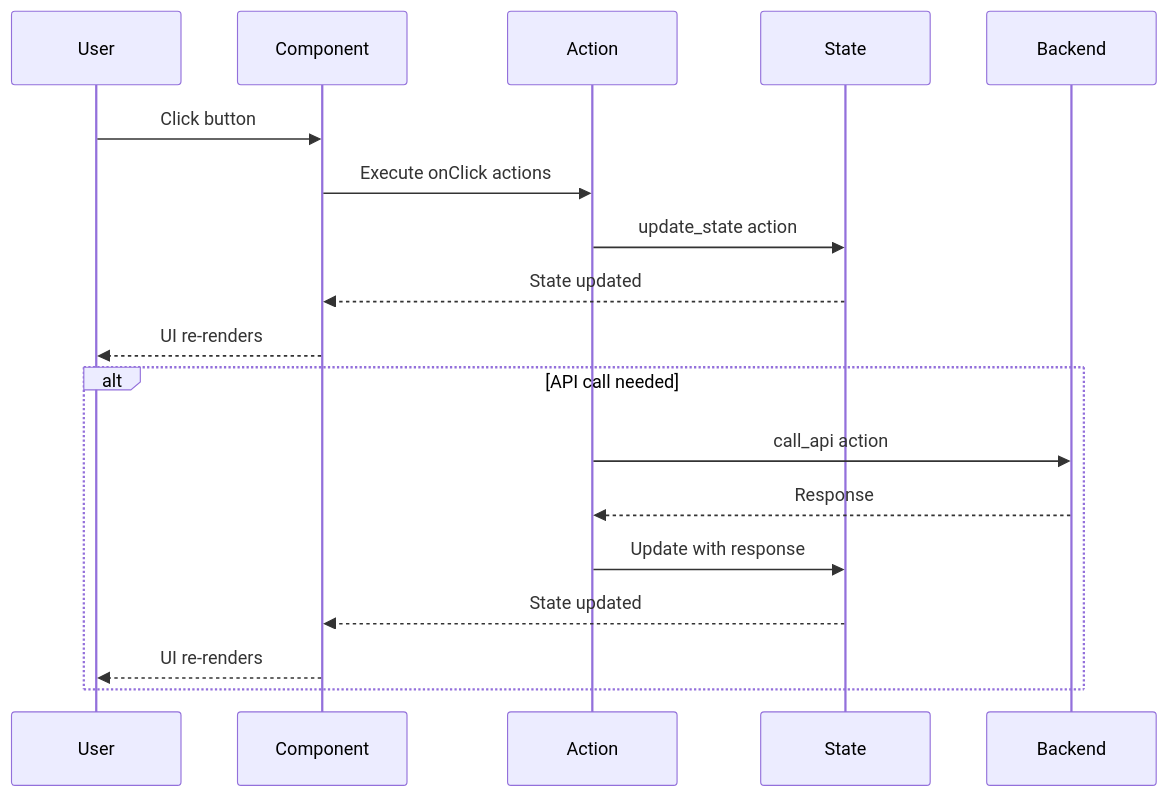
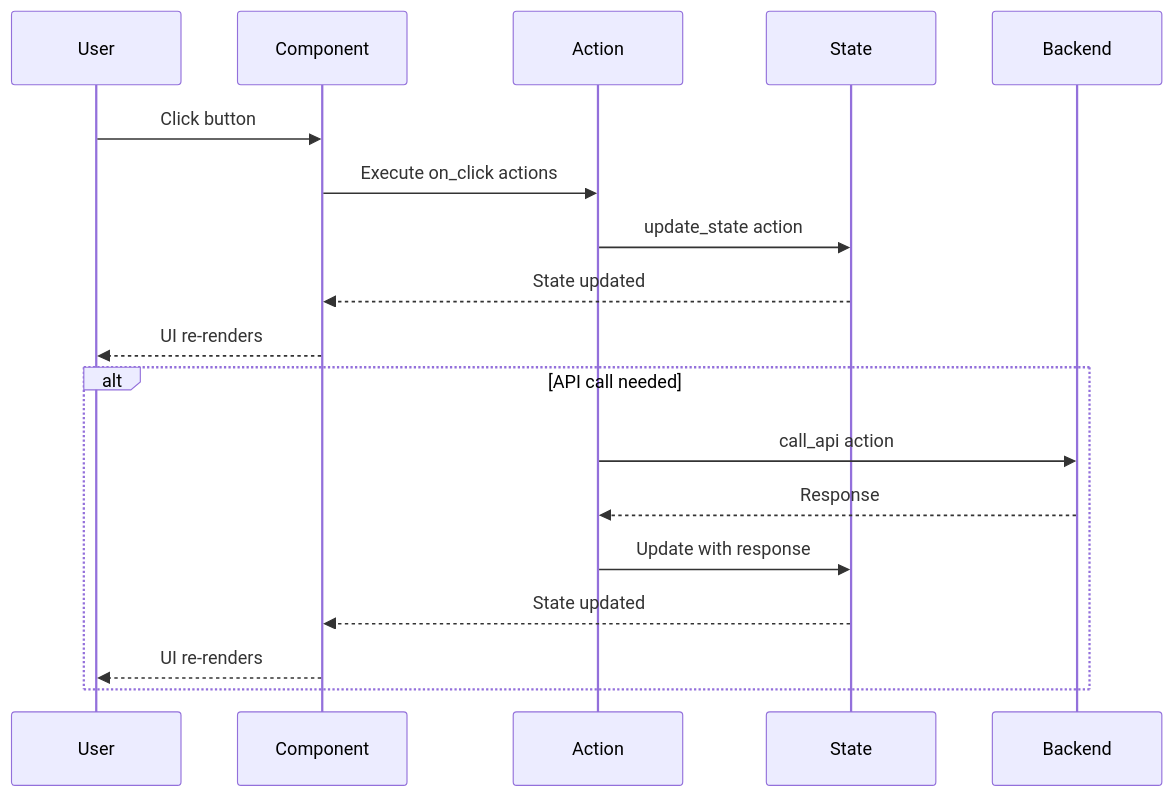
Before and after one commit to cyberpath-HQ/orbis: the fifth of 6 diagrams in docs/src/docs/core-concepts/architecture.mdx, drawn with Mermaid. The commit also changed 34 other files, not shown here.

````diff
--- a/docs/src/docs/core-concepts/architecture.mdx
+++ b/docs/src/docs/core-concepts/architecture.mdx
@@ -210,22 +210,22 @@
 ```mermaid
 sequenceDiagram
     participant User
     participant Component
     participant Action
     participant State
     participant Backend
     
     User->>Component: Click button
-    Component->>Action: Execute onClick actions
+    Component->>Action: Execute on_click actions
     Action->>State: update_state action
     State-->>Component: State updated
     Component-->>User: UI re-renders
     
     alt API call needed
         Action->>Backend: call_api action
         Backend-->>Action: Response
         Action->>State: Update with response
         State-->>Component: State updated
         Component-->>User: UI re-renders
     end
 ```
````
